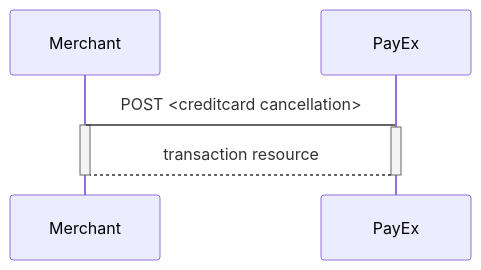
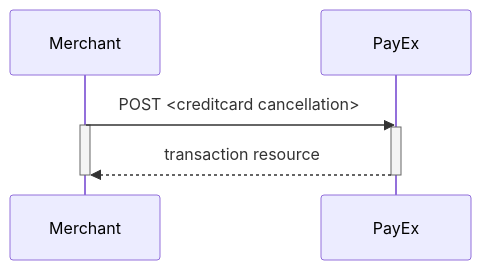
One commit to SwedbankPay/developer.swedbankpay.com changed the second of 3 diagrams in payments/mobile-pay/other-features.md. Above: the diagram before and after it, drawn with Mermaid. The commit also changed other lines of this file, not shown here.

Commit message:
DX-259 Fix mermaid diagram in mobile pay section

````diff
--- a/payments/mobile-pay/other-features.md
+++ b/payments/mobile-pay/other-features.md
@@ -50,9 +50,9 @@
 ```mermaid
 sequenceDiagram
-  Merchant->PayEx: POST <creditcard cancellation>
+  Merchant->>PayEx: POST <creditcard cancellation>
   Activate Merchant
   Activate PayEx
-  PayEx-->Merchant: transaction resource
+  PayEx-->>Merchant: transaction resource
   Deactivate PayEx
   Deactivate Merchant
 ```
````
